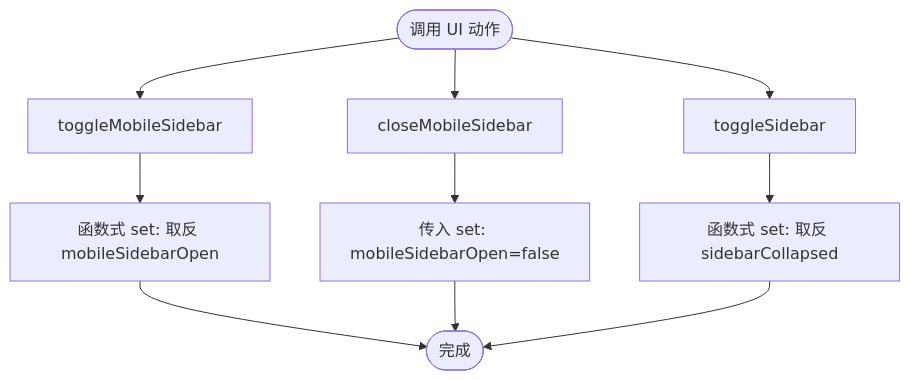
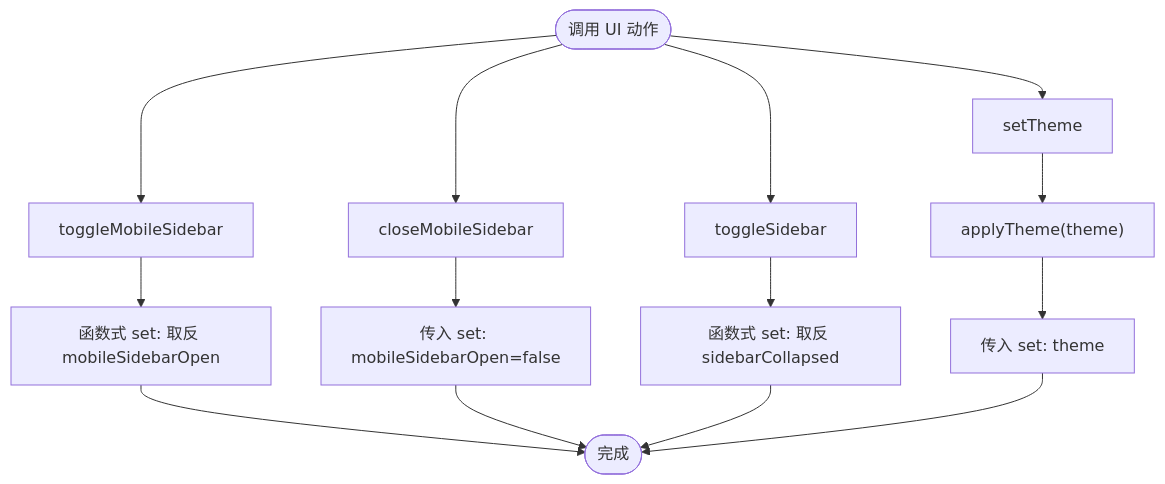
One commit to translateServers/nodes-stack changed the fourth of 8 diagrams in .qoder/repowiki/zh/content/前端系统/状态管理系统/状态管理系统.md. Above: the diagram before and after it, drawn with Mermaid. The commit also changed other lines of this file and 17 other files, not shown here.

````diff
--- a/.qoder/repowiki/zh/content/前端系统/状态管理系统/状态管理系统.md
+++ b/.qoder/repowiki/zh/content/前端系统/状态管理系统/状态管理系统.md
@@ -210,12 +248,16 @@
 ```mermaid
 flowchart TD
 Enter(["调用 UI 动作"]) --> ToggleMS["toggleMobileSidebar"]
 Enter --> CloseMS["closeMobileSidebar"]
 Enter --> ToggleSC["toggleSidebar"]
+Enter --> SetTheme["setTheme"]
 ToggleMS --> FSet1["函数式 set: 取反 mobileSidebarOpen"]
 CloseMS --> PSet1["传入 set: mobileSidebarOpen=false"]
 ToggleSC --> FSet2["函数式 set: 取反 sidebarCollapsed"]
+SetTheme --> ApplyTheme["applyTheme(theme)"]
+ApplyTheme --> PSet2["传入 set: theme"]
 FSet1 --> Exit(["完成"])
 PSet1 --> Exit
 FSet2 --> Exit
+PSet2 --> Exit
 ```
````
